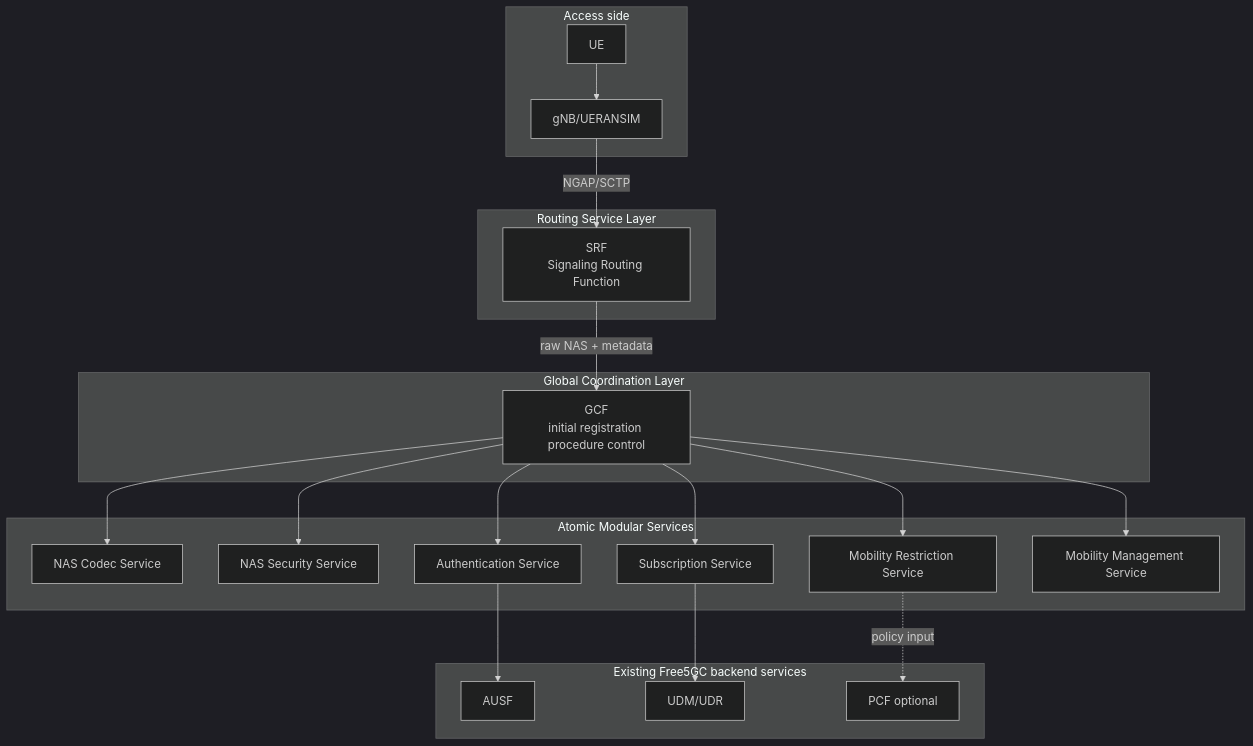
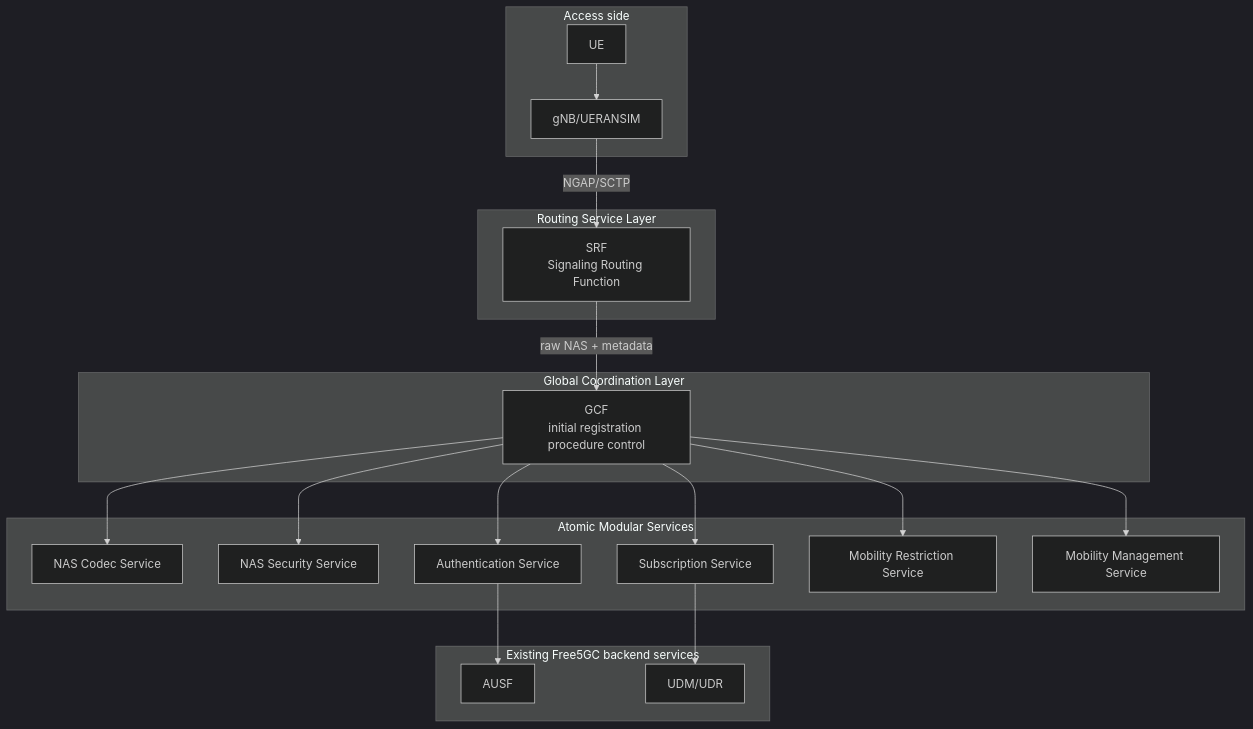
The second of 16 diagrams in orange-prototype-wiki/free6gc-initial-design.md (acore2026/docs), drawn with Mermaid (dark theme) before and after one commit. The commit also changed other lines of this file, not shown here.

````diff
--- a/orange-prototype-wiki/free6gc-initial-design.md
+++ b/orange-prototype-wiki/free6gc-initial-design.md
@@ -83,43 +107,41 @@
 ```mermaid
 flowchart TB
     subgraph ACCESS[Access side]
         UE[UE]
         GNB[gNB/UERANSIM]
         UE --> GNB
     end
 
     subgraph ROUTING[Routing Service Layer]
         SRF[SRF<br/>Signaling Routing Function]
     end
 
     subgraph COORD[Global Coordination Layer]
         GCF[GCF<br/>initial registration procedure control]
     end
 
     subgraph ATOMIC[Atomic Modular Services]
         NASC[NAS Codec Service]
         NASS[NAS Security Service]
         AUTH[Authentication Service]
         SUB[Subscription Service]
         MR[Mobility Restriction Service]
         MM[Mobility Management Service]
     end
 
     subgraph BACKEND[Existing Free5GC backend services]
         AUSF[AUSF]
         UDM[UDM/UDR]
-        PCF[PCF optional]
     end
 
     GNB -->|NGAP/SCTP| SRF
     SRF -->|raw NAS + metadata| GCF
     GCF --> NASC
     GCF --> NASS
     GCF --> AUTH
     GCF --> SUB
     GCF --> MR
     GCF --> MM
     AUTH --> AUSF
     SUB --> UDM
-    MR -. policy input .-> PCF
 ```
````
